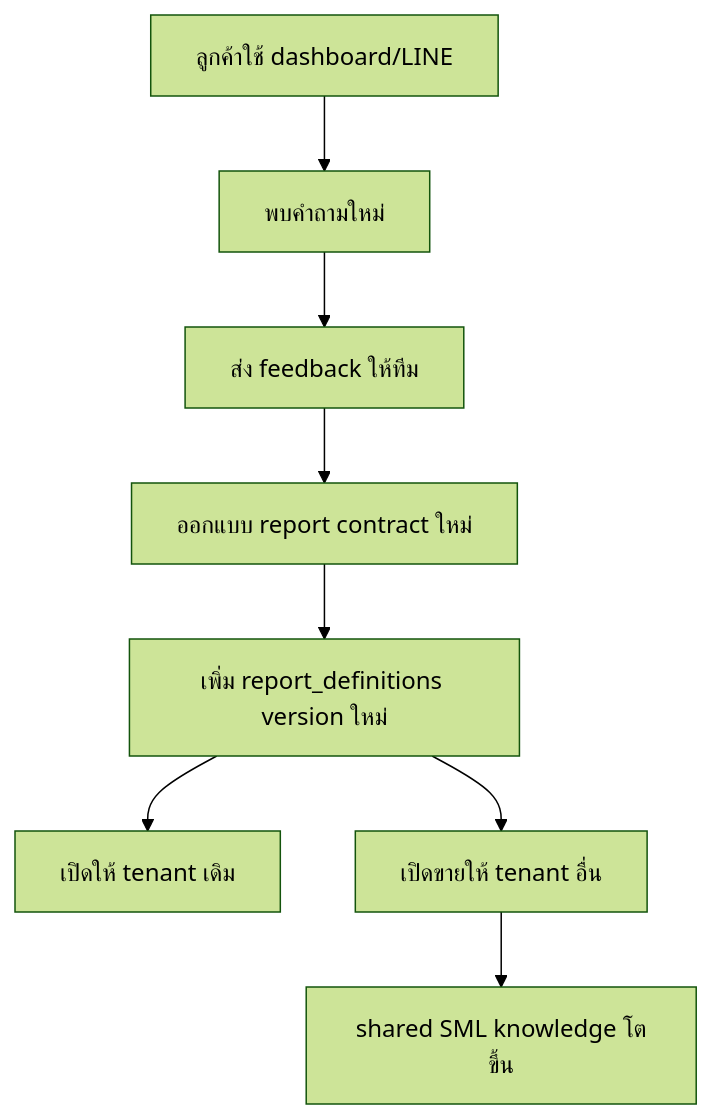
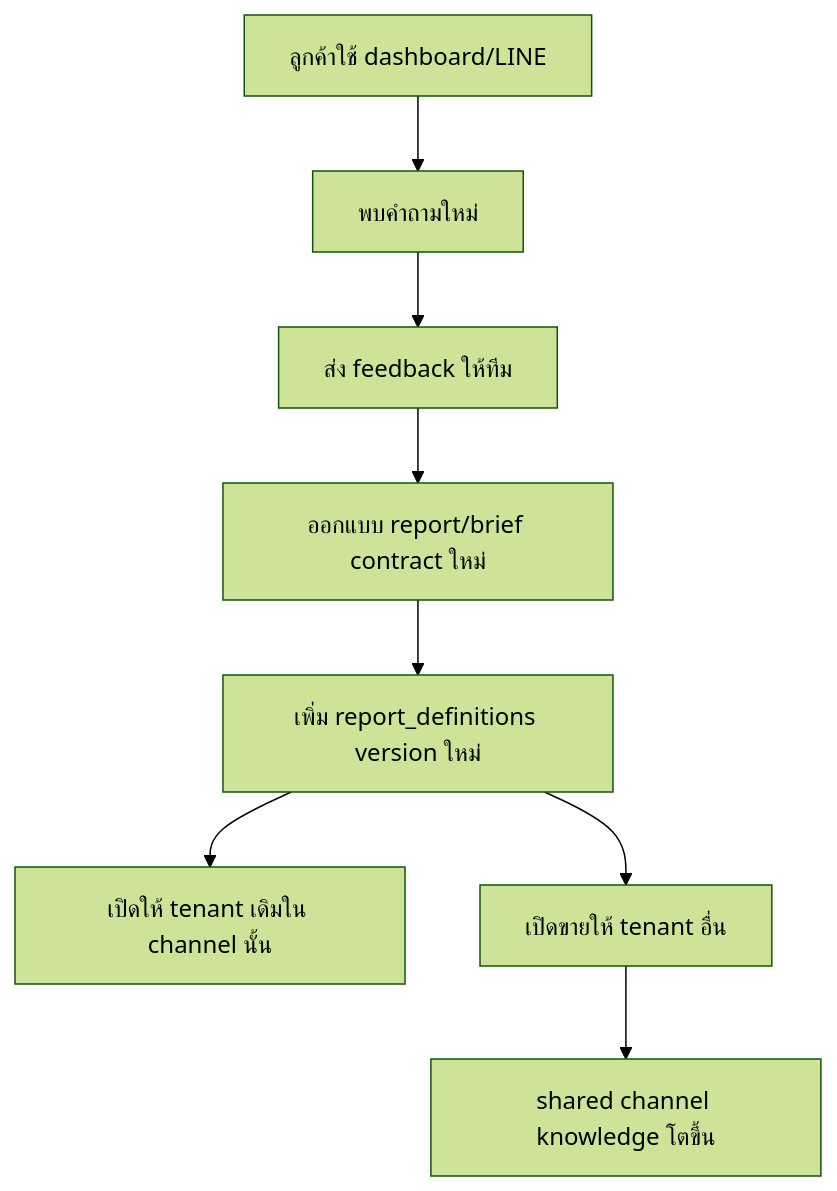
One commit to bosocmputer/ai-business-command-center changed the second of 2 diagrams in docs/03_DATA_FLOW_TH.md. Above: the diagram before and after it, drawn with Mermaid (forest theme). The commit also changed other lines of this file and 12 other files, not shown here.

Commit message:
Reframe docs as multi-channel brief hub

````diff
--- a/docs/03_DATA_FLOW_TH.md
+++ b/docs/03_DATA_FLOW_TH.md
@@ -162,10 +184,10 @@
 ```mermaid
 flowchart TD
     A[ลูกค้าใช้ dashboard/LINE] --> B[พบคำถามใหม่]
     B --> C[ส่ง feedback ให้ทีม]
-    C --> D[ออกแบบ report contract ใหม่]
+    C --> D[ออกแบบ report/brief contract ใหม่]
     D --> E[เพิ่ม report_definitions version ใหม่]
-    E --> F[เปิดให้ tenant เดิม]
+    E --> F[เปิดให้ tenant เดิมใน channel นั้น]
     E --> G[เปิดขายให้ tenant อื่น]
-    G --> H[shared SML knowledge โตขึ้น]
+    G --> H[shared channel knowledge โตขึ้น]
 ```
````
